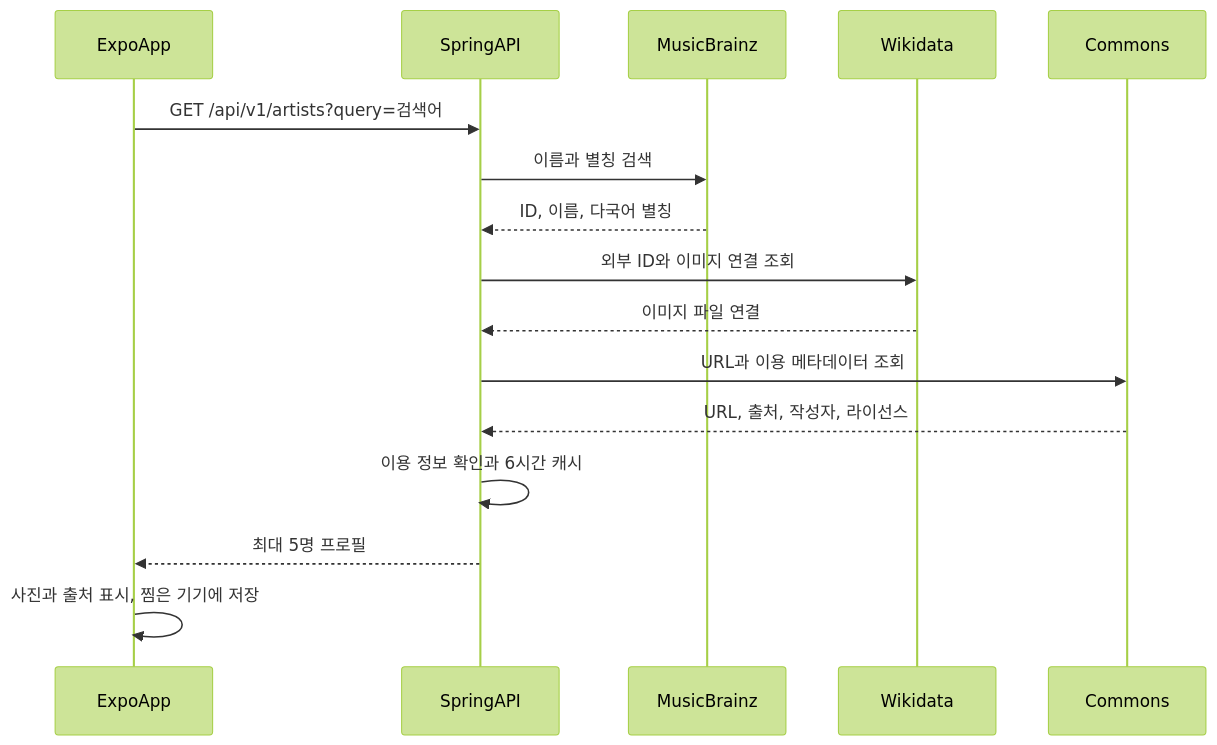
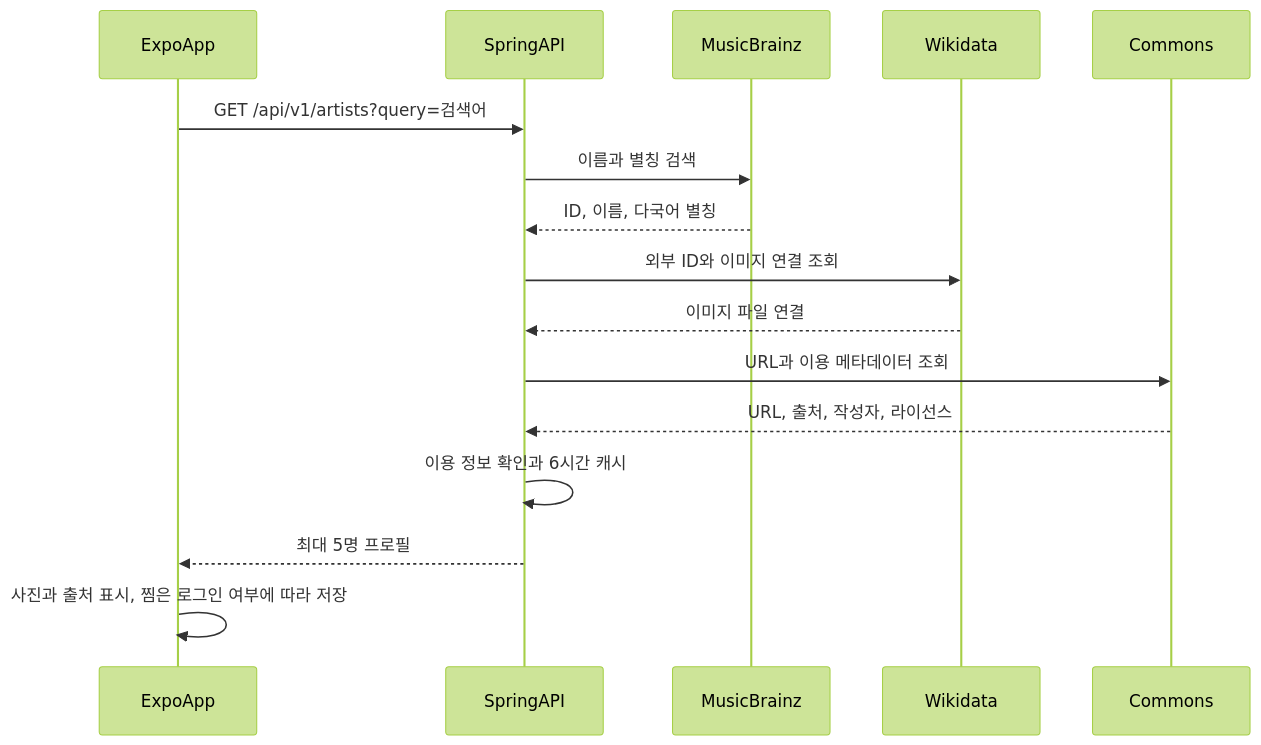
Before and after one commit to leedahye2001/stage-pin: the second of 4 diagrams in docs/data-flows.md, drawn with Mermaid (forest theme). The commit also changed other lines of this file and 14 other files, not shown here.

````diff
--- a/docs/data-flows.md
+++ b/docs/data-flows.md
@@ -36,18 +36,18 @@
 ```mermaid
 sequenceDiagram
     participant ExpoApp
     participant SpringAPI
     participant MusicBrainz
     participant Wikidata
     participant Commons
     ExpoApp->>SpringAPI: GET /api/v1/artists?query=검색어
     SpringAPI->>MusicBrainz: 이름과 별칭 검색
     MusicBrainz-->>SpringAPI: ID, 이름, 다국어 별칭
     SpringAPI->>Wikidata: 외부 ID와 이미지 연결 조회
     Wikidata-->>SpringAPI: 이미지 파일 연결
     SpringAPI->>Commons: URL과 이용 메타데이터 조회
     Commons-->>SpringAPI: URL, 출처, 작성자, 라이선스
     SpringAPI->>SpringAPI: 이용 정보 확인과 6시간 캐시
     SpringAPI-->>ExpoApp: 최대 5명 프로필
-    ExpoApp->>ExpoApp: 사진과 출처 표시, 찜은 기기에 저장
+    ExpoApp->>ExpoApp: 사진과 출처 표시, 찜은 로그인 여부에 따라 저장
 ```
````
